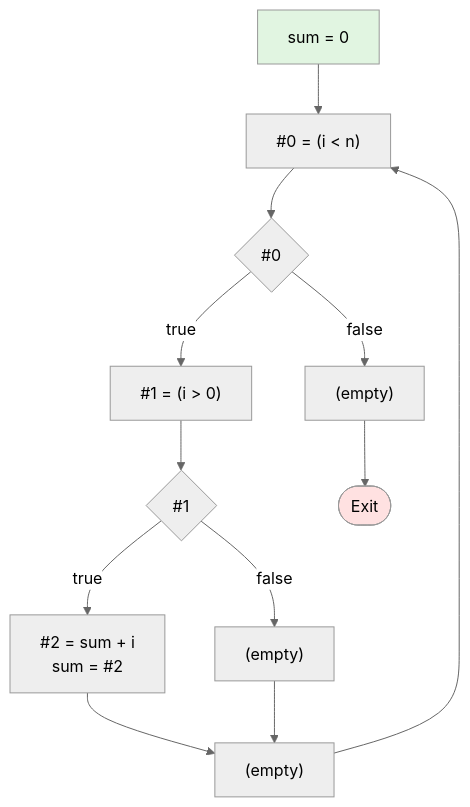
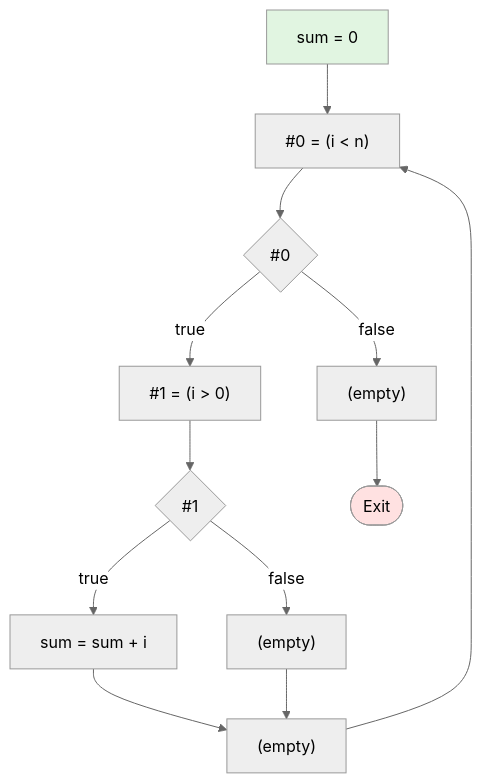
Before and after one commit to cny123222/Control-Flow-Graph-Generation-for-WhileD-Language: the diagram in mermaid_outputs/test5_nested.md, drawn with Mermaid (neutral theme). The commit also changed other lines of this file and 5 other files, not shown here.

````diff
--- a/mermaid_outputs/test5_nested.md
+++ b/mermaid_outputs/test5_nested.md
@@ -7,27 +7,27 @@
 ```mermaid
 flowchart TD
     B0["sum = 0"]
     B1["#0 = (i < n)"]
     C1{#0}
     B2["#1 = (i > 0)"]
     C2{#1}
-    B3["#2 = sum + i<br/>sum = #2"]
+    B3["sum = sum + i"]
     B4["(empty)"]
     B5["(empty)"]
     B6["(empty)"]
 
     B0 --> B1
     B1 --> C1
     C1 -->|false| B6
     C1 -->|true| B2
     B2 --> C2
     C2 -->|false| B4
     C2 -->|true| B3
     B3 --> B5
     B4 --> B5
     B5 --> B1
     B6 --> Exit([Exit])
 
     style B0 fill:#e1f5e1
     style Exit fill:#ffe1e1
 ```
````
